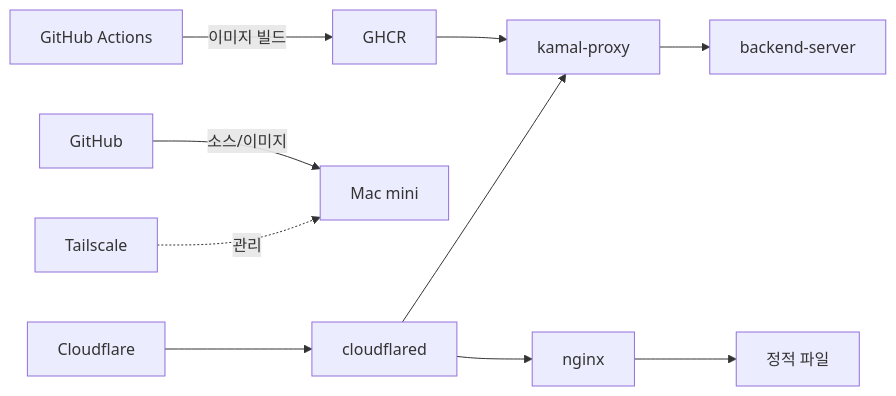
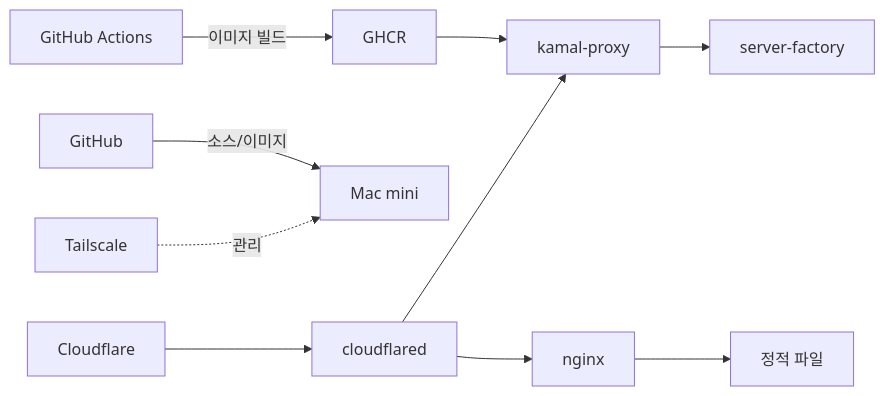
One commit to storkspear/docs-infra-homeserver changed the diagram in docs/tech-stack.md. Above: the diagram before and after it, drawn with Mermaid. The commit also changed other lines of this file and 6 other files, not shown here.

````diff
--- a/docs/tech-stack.md
+++ b/docs/tech-stack.md
@@ -109,12 +109,12 @@
 ```mermaid
 flowchart LR
   CF[Cloudflare] --> CFD[cloudflared]
   CFD --> KAMAL[kamal-proxy]
   CFD --> NGINX[nginx]
-  KAMAL --> BE[backend-server]
+  KAMAL --> BE[server-factory]
   NGINX --> SITES[정적 파일]
   TS[Tailscale] -.관리.-> MAC[Mac mini]
   GH[GitHub] -->|소스/이미지| MAC
   GHA[GitHub Actions] -->|이미지 빌드| GHCR[GHCR]
   GHCR --> KAMAL
 ```
````
